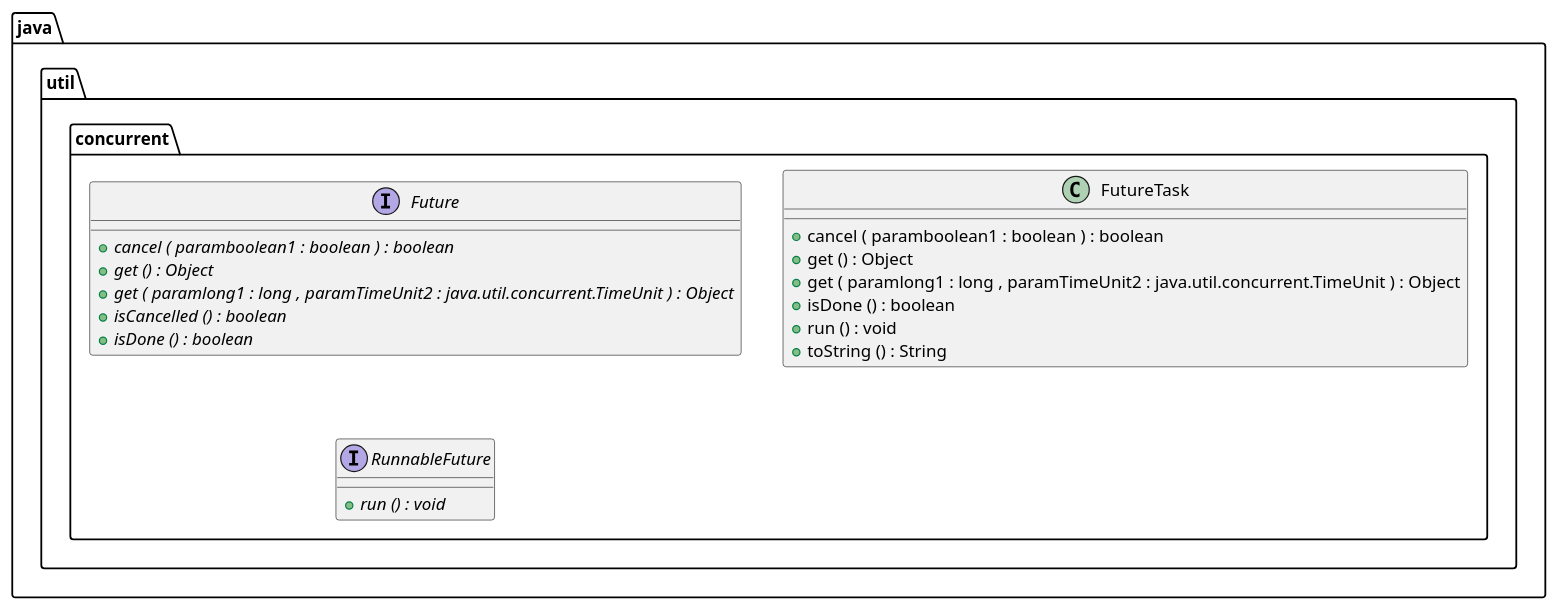
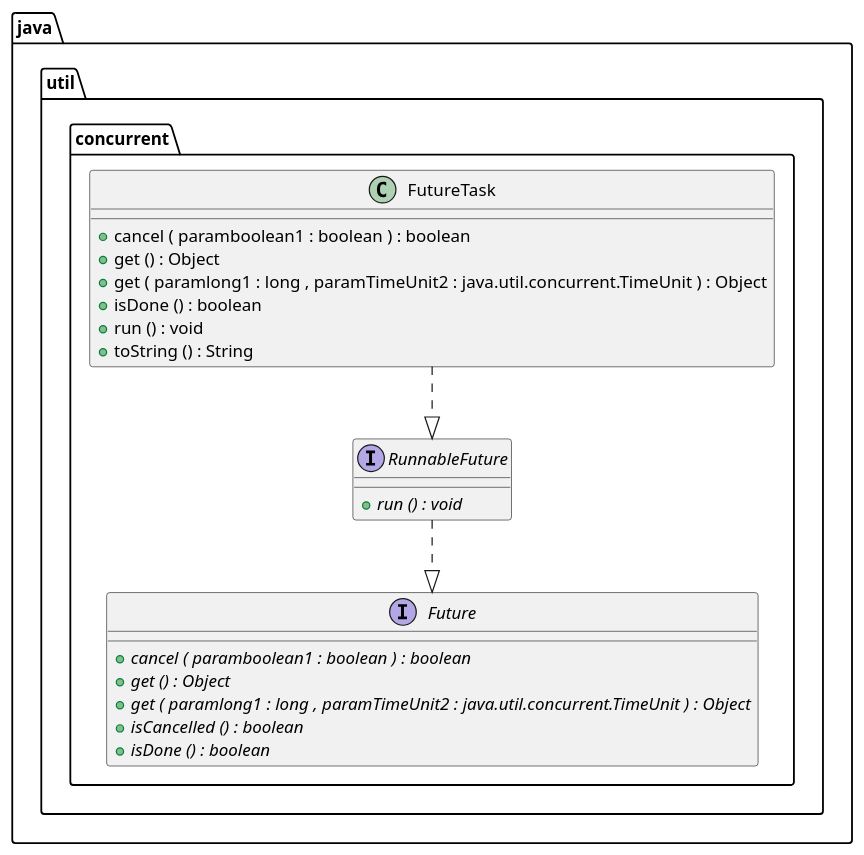
The diagram in Future.puml (ti-cortex-m4/demo-java-completablefuture), drawn with PlantUML before and after one commit. The commit also changed 4 other files, not shown here.

```diff
--- a/Future.puml
+++ b/Future.puml
@@ -1,31 +1,27 @@
 @startuml
 
 interface java.util.concurrent.Future {
 	{method}  {abstract} +cancel ( paramboolean1 : boolean ) : boolean
 	{method}  {abstract} +get () : Object
 	{method}  {abstract} +get ( paramlong1 : long , paramTimeUnit2 : java.util.concurrent.TimeUnit ) : Object
 	{method}  {abstract} +isCancelled () : boolean
 	{method}  {abstract} +isDone () : boolean
 }
 
-
 class java.util.concurrent.FutureTask {
 	{method} +cancel ( paramboolean1 : boolean ) : boolean
 	{method} +get () : Object
 	{method} +get ( paramlong1 : long , paramTimeUnit2 : java.util.concurrent.TimeUnit ) : Object
 	{method} +isDone () : boolean
 	{method} +run () : void
 	{method} +toString () : String
 }
 
-
 interface java.util.concurrent.RunnableFuture {
 	{method}  {abstract} +run () : void
 }
 
-
-
-
-
+java.util.concurrent.FutureTask ..|>  java.util.concurrent.RunnableFuture
+java.util.concurrent.RunnableFuture ..|>  java.util.concurrent.Future
 
 @enduml
```
